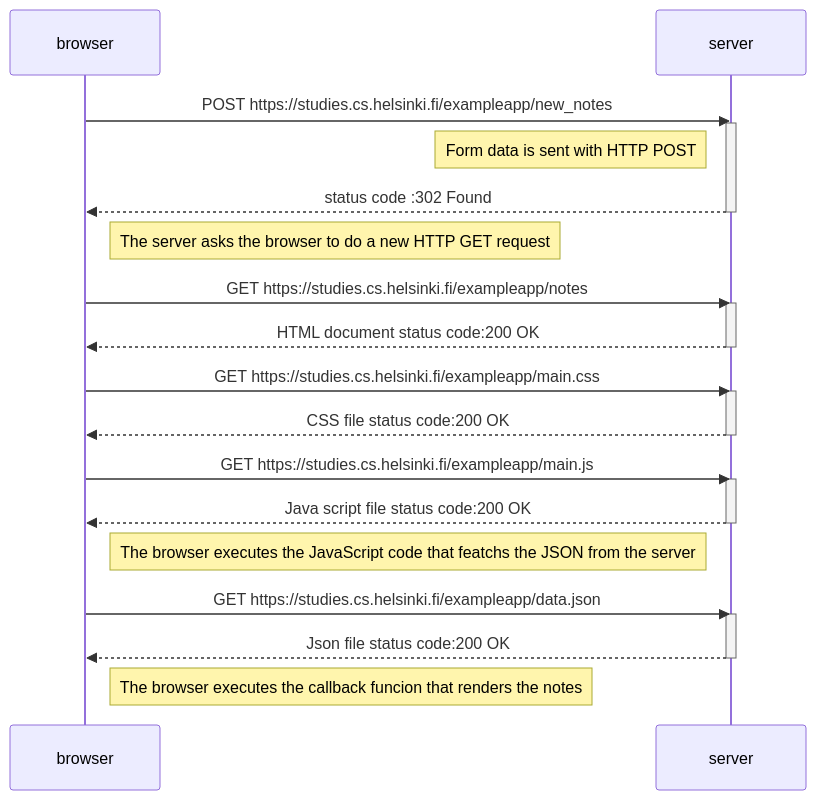
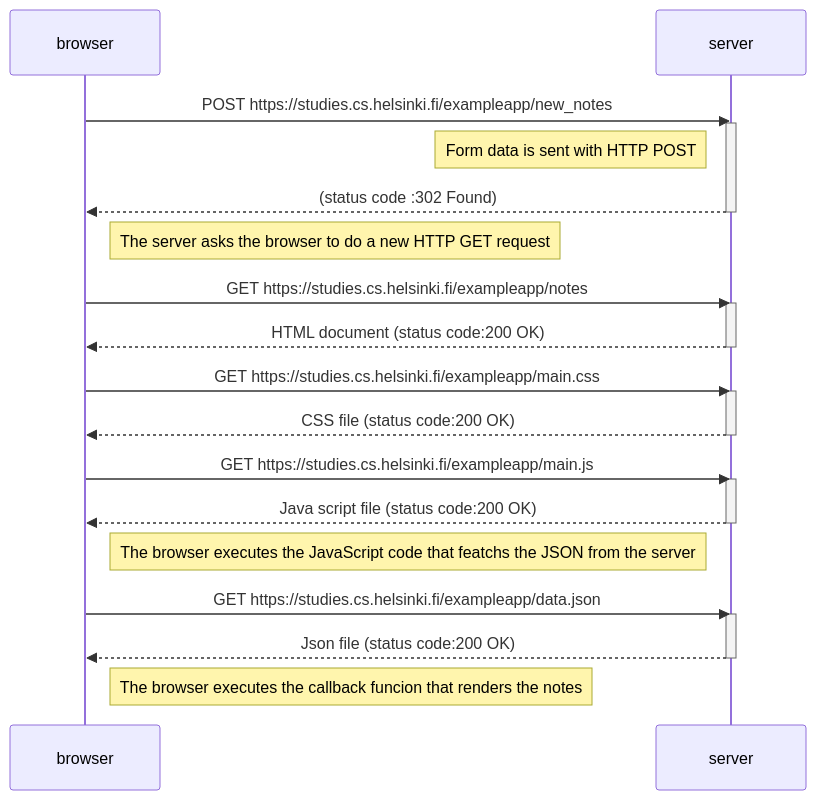
One commit to andersonkwok/git001 changed the diagram in 0.4.md. Above: the diagram before and after it, drawn with Mermaid.

````diff
--- a/0.4.md
+++ b/0.4.md
@@ -2,33 +2,33 @@
 ```mermaid
 sequenceDiagram
     participant browser
     participant server
 
     browser->>server: POST https://studies.cs.helsinki.fi/exampleapp/new_notes
     activate server
     Note left of server: Form data is sent with HTTP POST
-    server-->>browser: status code :302 Found
+    server-->>browser: (status code :302 Found)
     deactivate server
 
 Note right of browser:The server asks the browser to do a new HTTP GET request
     browser->>server: GET https://studies.cs.helsinki.fi/exampleapp/notes
     activate server
-    server-->>browser: HTML document  status code:200 OK
+    server-->>browser: HTML document  (status code:200 OK)
     deactivate server
 
     browser->>server: GET https://studies.cs.helsinki.fi/exampleapp/main.css
     activate server
-    server-->>browser: CSS file  status code:200 OK
+    server-->>browser: CSS file  (status code:200 OK)
     deactivate server
 
     browser->>server: GET https://studies.cs.helsinki.fi/exampleapp/main.js
     activate server
-    server-->>browser: Java script file  status code:200 OK
+    server-->>browser: Java script file  (status code:200 OK)
     deactivate server
     Note right of browser :The browser executes the JavaScript code that featchs the JSON from the server
     browser->>server: GET https://studies.cs.helsinki.fi/exampleapp/data.json
     activate server
-    server-->>browser: Json file  status code:200 OK
+    server-->>browser: Json file  (status code:200 OK)
     deactivate server
     Note right of browser :The browser executes the callback funcion that renders the notes
 ```
````
